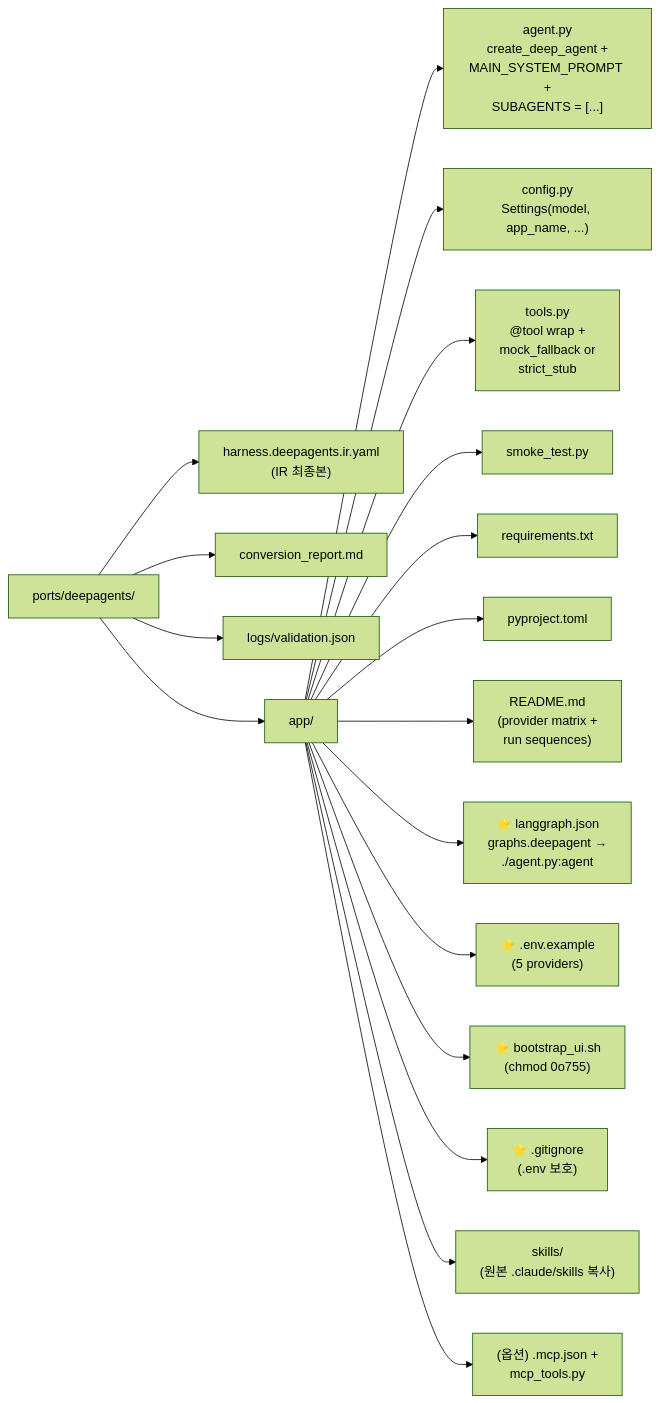
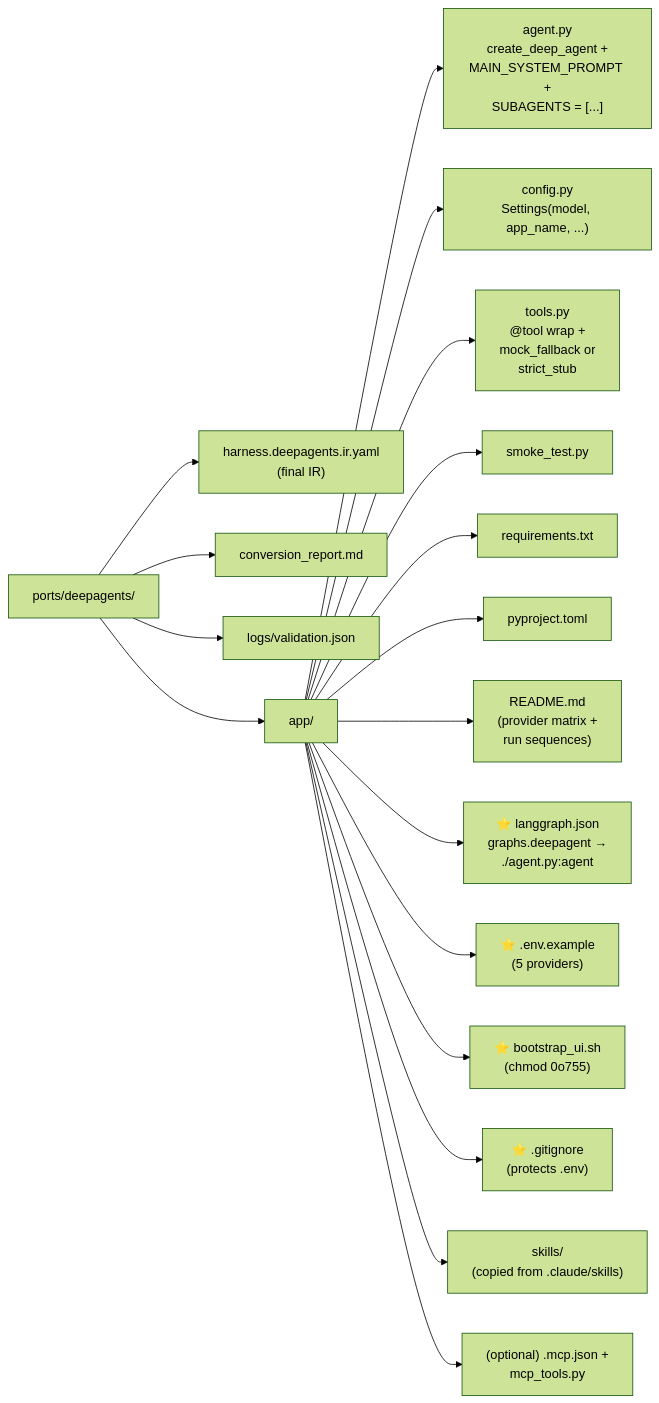
Before and after one commit to tykimos/harness2deepagents: the fourth of 10 diagrams in .claude/skills/harness2deepagents/README.md, drawn with Mermaid (forest theme). The commit also changed other lines of this file and 3 other files, not shown here.

````diff
--- a/.claude/skills/harness2deepagents/README.md
+++ b/.claude/skills/harness2deepagents/README.md
@@ -154,23 +156,23 @@
 ```mermaid
 graph LR
 
     Root["ports/deepagents/"]
-    Root --> IR["harness.deepagents.ir.yaml<br/>(IR 최종본)"]
+    Root --> IR["harness.deepagents.ir.yaml<br/>(final IR)"]
     Root --> Report["conversion_report.md"]
     Root --> Logs["logs/validation.json"]
     Root --> App["app/"]
 
     App --> Agent["agent.py<br/>create_deep_agent +<br/>MAIN_SYSTEM_PROMPT +<br/>SUBAGENTS = [...]"]
     App --> Config["config.py<br/>Settings(model, app_name, ...)"]
     App --> Tools["tools.py<br/>@tool wrap +<br/>mock_fallback or<br/>strict_stub"]
     App --> Smoke["smoke_test.py"]
     App --> Reqs["requirements.txt"]
     App --> Proj["pyproject.toml"]
     App --> Readme["README.md<br/>(provider matrix +<br/>run sequences)"]
     App --> LG["⭐ langgraph.json<br/>graphs.deepagent →<br/>./agent.py:agent"]
     App --> Env["⭐ .env.example<br/>(5 providers)"]
     App --> Boot["⭐ bootstrap_ui.sh<br/>(chmod 0o755)"]
-    App --> GI["⭐ .gitignore<br/>(.env 보호)"]
-    App --> Skills["skills/<br/>(원본 .claude/skills 복사)"]
-    App --> Mcp["(옵션) .mcp.json +<br/>mcp_tools.py"]
+    App --> GI["⭐ .gitignore<br/>(protects .env)"]
+    App --> Skills["skills/<br/>(copied from .claude/skills)"]
+    App --> Mcp["(optional) .mcp.json +<br/>mcp_tools.py"]
 ```
````
